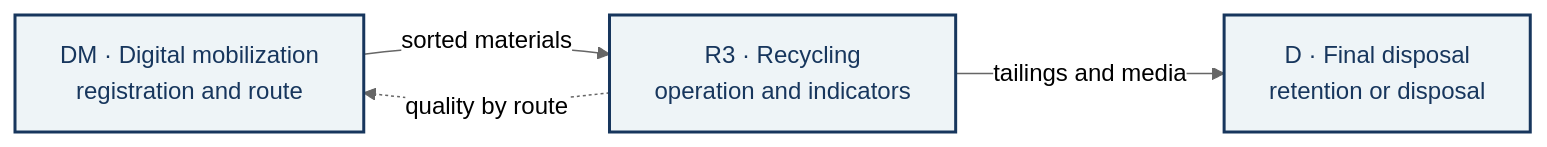
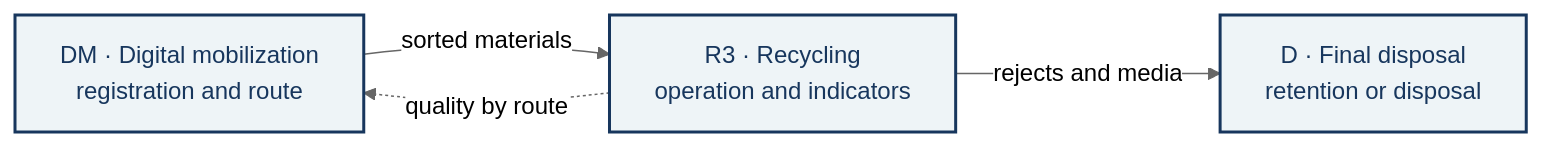
The fifth of 5 diagrams in _grupo/P3A/entregas/MD/P3A_Privacidade2_Report_EN.md (cadu-unb/_POS-PPCA-GPTI_2026-2), drawn with Mermaid (neutral theme) before and after one commit. The commit also changed other lines of this file and 85 other files, not shown here.

````diff
--- a/_grupo/P3A/entregas/MD/P3A_Privacidade2_Report_EN.md
+++ b/_grupo/P3A/entregas/MD/P3A_Privacidade2_Report_EN.md
@@ -387,8 +389,8 @@
 ```mermaid
 flowchart LR
     DM["DM · Digital mobilization<br/>registration and route"] -->|sorted materials| R3["R3 · Recycling<br/>operation and indicators"]
-    R3 -->|tailings and media| D["D · Final disposal<br/>retention or disposal"]
+    R3 -->|rejects and media| D["D · Final disposal<br/>retention or disposal"]
     R3 -. quality by route .-> DM
     classDef stage fill:#eef4f7,stroke:#17365d,stroke-width:2px,color:#17365d
     class DM,R3,D stage
 ```
````
